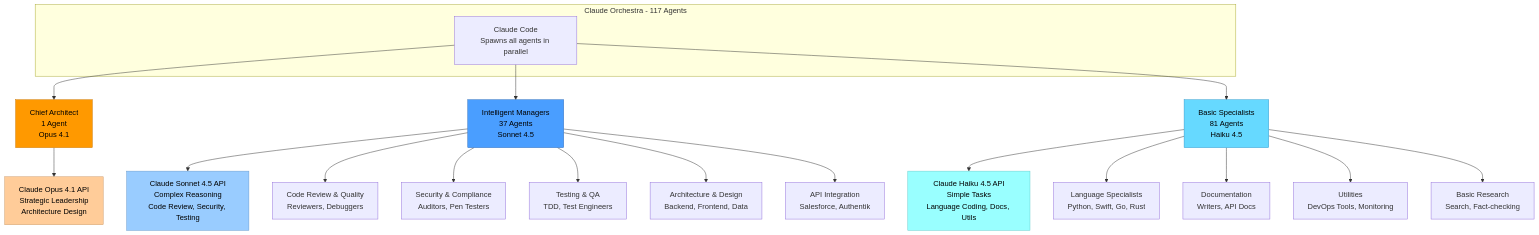
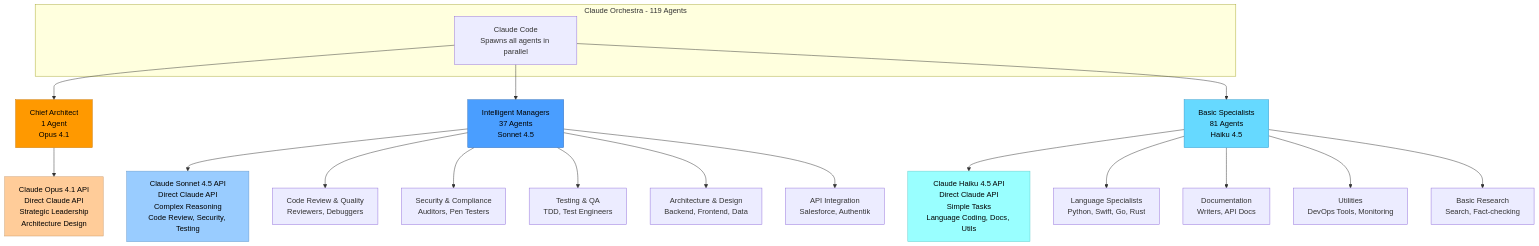
One commit to visiquate/cco changed the fourth of 7 diagrams in docs/ARCHITECTURE_DIAGRAMS.md. Above: the diagram before and after it, drawn with Mermaid. The commit also changed other lines of this file and 46 other files, not shown here.

````diff
--- a/docs/ARCHITECTURE_DIAGRAMS.md
+++ b/docs/ARCHITECTURE_DIAGRAMS.md
@@ -232,34 +232,34 @@
 ```mermaid
 graph TD
-    subgraph "Claude Orchestra - 117 Agents"
+    subgraph "Claude Orchestra - 119 Agents"
         CC[Claude Code<br/>Spawns all agents in parallel]
     end
 
     CC --> OpusAgent[Chief Architect<br/>1 Agent<br/>Opus 4.1]
     CC --> SonnetAgents[Intelligent Managers<br/>37 Agents<br/>Sonnet 4.5]
     CC --> HaikuAgents[Basic Specialists<br/>81 Agents<br/>Haiku 4.5]
 
-    OpusAgent --> OpusAPI[Claude Opus 4.1 API<br/>Strategic Leadership<br/>Architecture Design]
+    OpusAgent --> OpusAPI[Claude Opus 4.1 API<br/>Direct Claude API<br/>Strategic Leadership<br/>Architecture Design]
 
-    SonnetAgents --> SonnetAPI[Claude Sonnet 4.5 API<br/>Complex Reasoning<br/>Code Review, Security, Testing]
+    SonnetAgents --> SonnetAPI[Claude Sonnet 4.5 API<br/>Direct Claude API<br/>Complex Reasoning<br/>Code Review, Security, Testing]
 
-    HaikuAgents --> HaikuAPI[Claude Haiku 4.5 API<br/>Simple Tasks<br/>Language Coding, Docs, Utils]
+    HaikuAgents --> HaikuAPI[Claude Haiku 4.5 API<br/>Direct Claude API<br/>Simple Tasks<br/>Language Coding, Docs, Utils]
 
     SonnetAgents --> ReviewGroup[Code Review & Quality<br/>Reviewers, Debuggers]
     SonnetAgents --> SecGroup[Security & Compliance<br/>Auditors, Pen Testers]
     SonnetAgents --> TestGroup[Testing & QA<br/>TDD, Test Engineers]
     SonnetAgents --> ArchGroup[Architecture & Design<br/>Backend, Frontend, Data]
     SonnetAgents --> IntegGroup[API Integration<br/>Salesforce, Authentik]
 
     HaikuAgents --> CoderGroup[Language Specialists<br/>Python, Swift, Go, Rust]
     HaikuAgents --> DocGroup[Documentation<br/>Writers, API Docs]
     HaikuAgents --> UtilGroup[Utilities<br/>DevOps Tools, Monitoring]
     HaikuAgents --> ResGroup[Basic Research<br/>Search, Fact-checking]
 
     style OpusAgent fill:#ff9900,stroke:#cc7700,color:#000
     style SonnetAgents fill:#4a9eff,stroke:#2e6cbb,color:#000
     style HaikuAgents fill:#66d9ff,stroke:#3399cc,color:#000
     style OpusAPI fill:#ffcc99,stroke:#cc9966,color:#000
     style SonnetAPI fill:#99ccff,stroke:#6699cc,color:#000
     style HaikuAPI fill:#99ffff,stroke:#66cccc,color:#000
 ```
````
